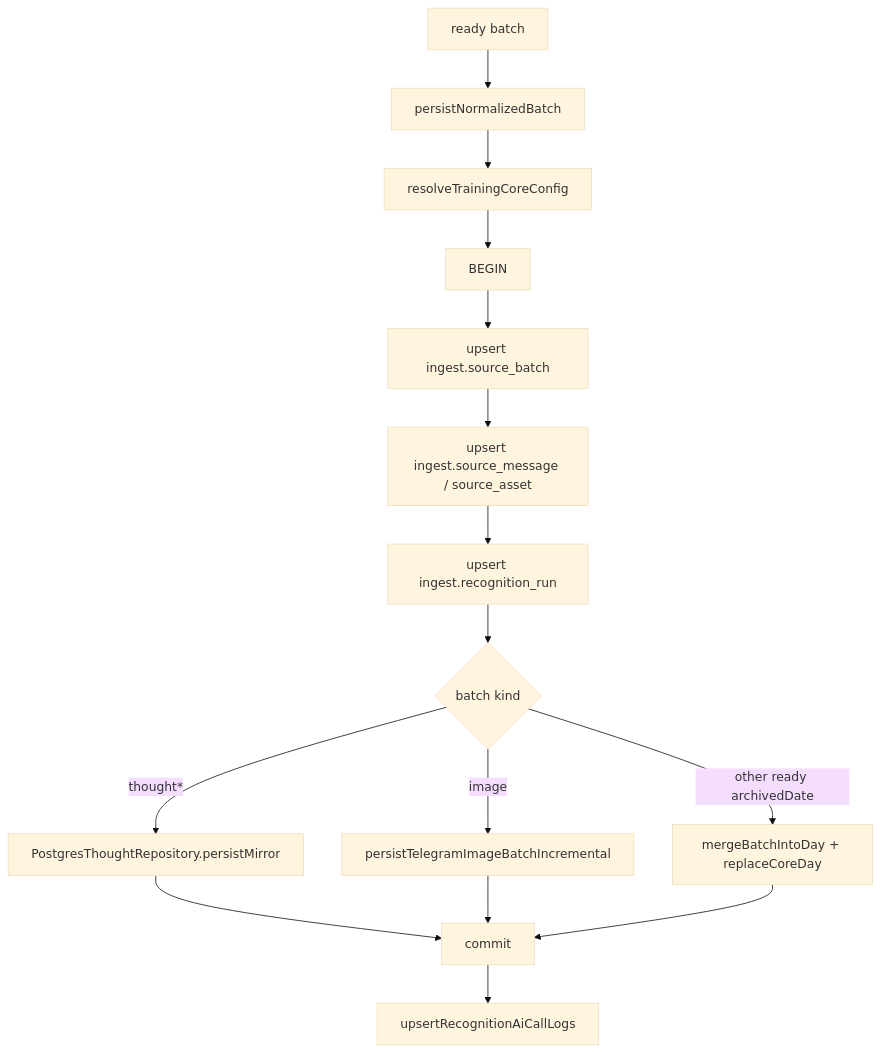
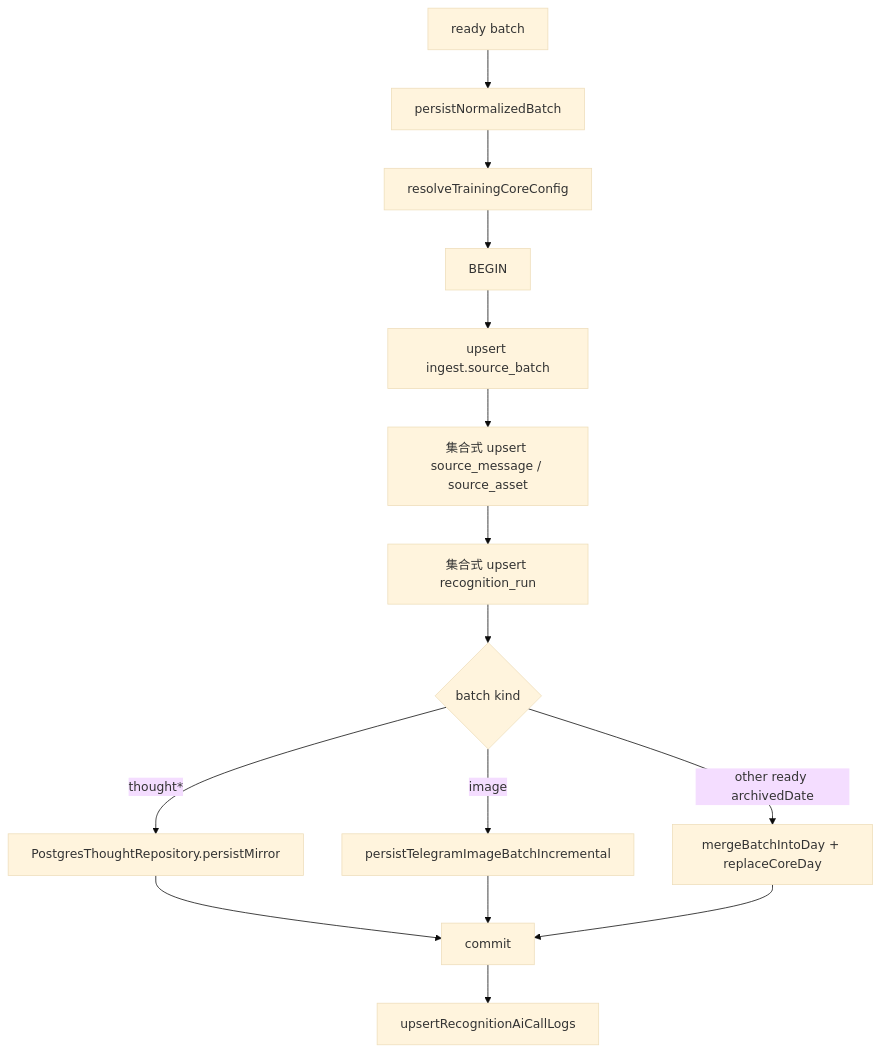
Before and after one commit to soulgo/training_records: the diagram in docs/02_系统核心逻辑/数据入库流程.md, drawn with Mermaid (base theme). The commit also changed other lines of this file and 167 other files, not shown here.

````diff
--- a/docs/02_系统核心逻辑/数据入库流程.md
+++ b/docs/02_系统核心逻辑/数据入库流程.md
@@ -5,17 +5,17 @@
 ```mermaid
 flowchart TD
   A[ready batch] --> B[persistNormalizedBatch]
   B --> C[resolveTrainingCoreConfig]
   C --> F[BEGIN]
   F --> G[upsert ingest.source_batch]
-  G --> H[upsert ingest.source_message / source_asset]
-  H --> I[upsert ingest.recognition_run]
+  G --> H[集合式 upsert source_message / source_asset]
+  H --> I[集合式 upsert recognition_run]
   I --> J{batch kind}
   J -->|thought*| K[PostgresThoughtRepository.persistMirror]
   J -->|image| L[persistTelegramImageBatchIncremental]
   J -->|other ready archivedDate| M[mergeBatchIntoDay + replaceCoreDay]
   K --> N[commit]
   L --> N
   M --> N
   N --> O[upsertRecognitionAiCallLogs]
 ```
````
